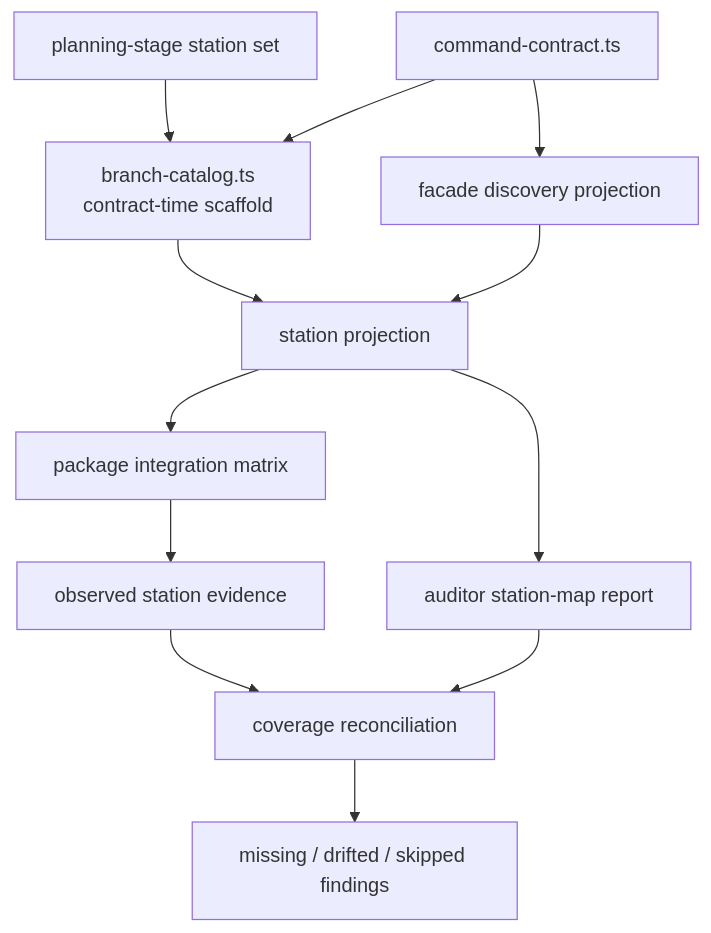
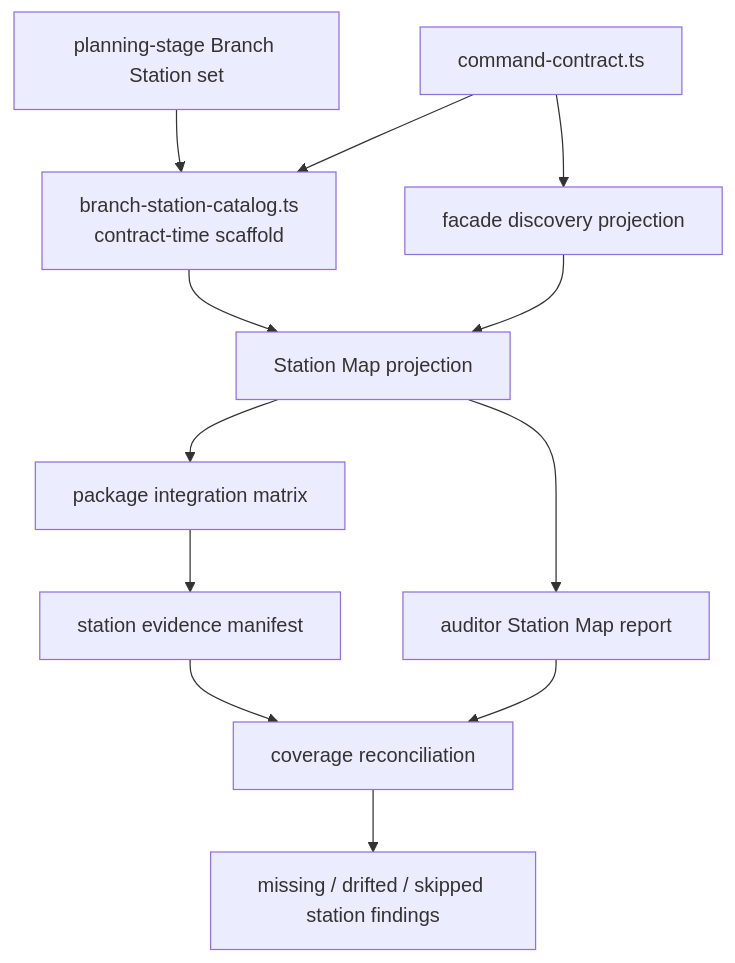
One commit to nathanvale/claude-code-config changed the third of 3 diagrams in docs/plans/2026-06-15-002-feat-cli-branch-station-maps-plan.md. Above: the diagram before and after it, drawn with Mermaid. The commit also changed other lines of this file and 2 other files, not shown here.

First line of the commit message:
feat: Add reconciliation plan and review for whole-branch Fallow findings

````diff
--- a/docs/plans/2026-06-15-002-feat-cli-branch-station-maps-plan.md
+++ b/docs/plans/2026-06-15-002-feat-cli-branch-station-maps-plan.md
@@ -125,14 +147,14 @@
 ```mermaid
 flowchart TB
   Contract["command-contract.ts"] --> Discovery["facade discovery projection"]
-  PlanSet["planning-stage station set"] --> BranchCatalog["branch-catalog.ts<br/>contract-time scaffold"]
+  PlanSet["planning-stage Branch Station set"] --> BranchCatalog["branch-station-catalog.ts<br/>contract-time scaffold"]
   Contract --> BranchCatalog
-  BranchCatalog --> Projection["station projection"]
+  BranchCatalog --> Projection["Station Map projection"]
   Discovery --> Projection
   Projection --> Matrix["package integration matrix"]
-  Matrix --> Receipts["observed station evidence"]
-  Projection --> StationMap["auditor station-map report"]
+  Matrix --> Receipts["station evidence manifest"]
+  Projection --> StationMap["auditor Station Map report"]
   Receipts --> Reconcile["coverage reconciliation"]
   StationMap --> Reconcile
-  Reconcile --> Findings["missing / drifted / skipped findings"]
+  Reconcile --> Findings["missing / drifted / skipped station findings"]
 ```
````
